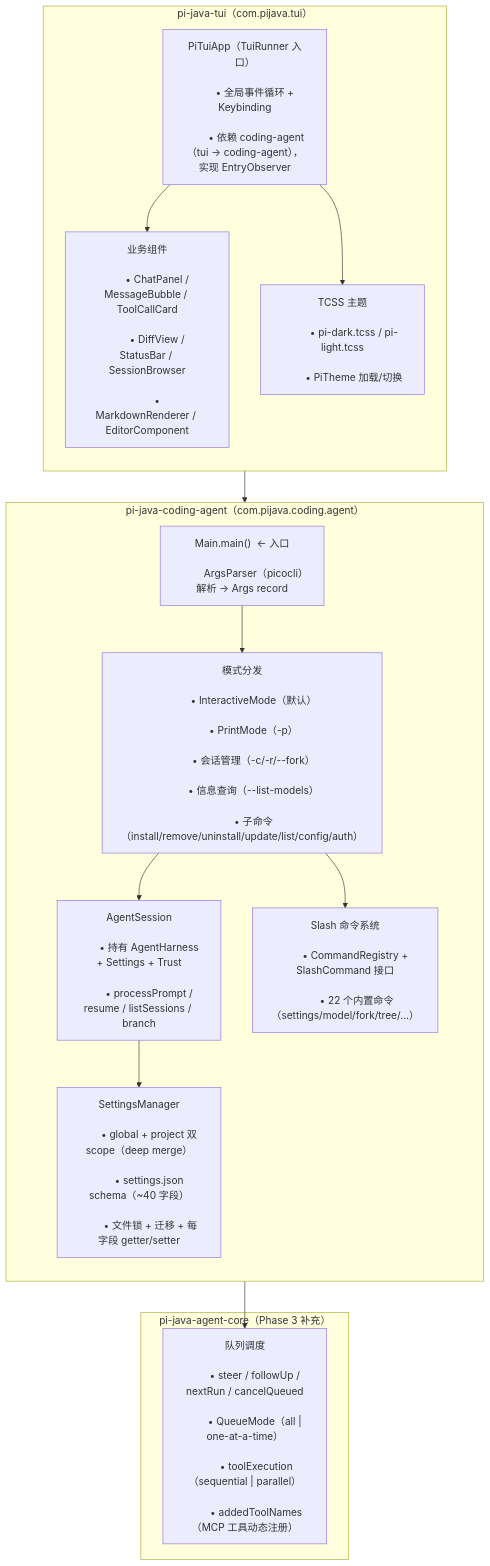
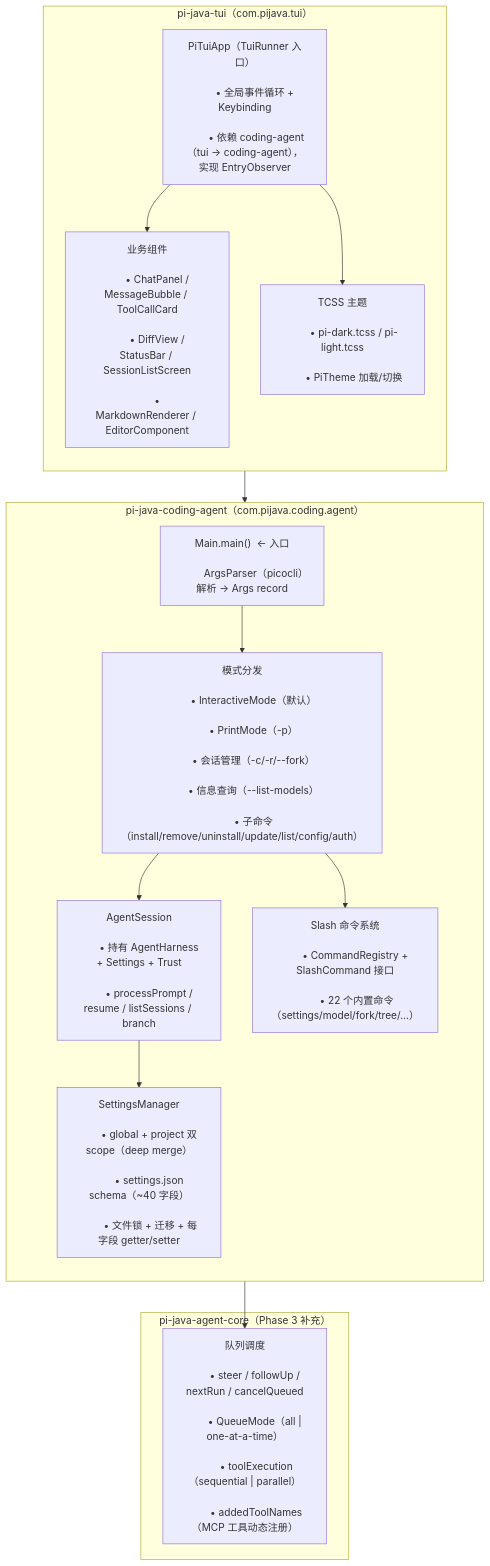
The first of 3 diagrams in docs/08-phase3-cli-tui-design.md (liangxingguang/pi-java), drawn with Mermaid before and after one commit. The commit also changed other lines of this file, not shown here.

````diff
--- a/docs/08-phase3-cli-tui-design.md
+++ b/docs/08-phase3-cli-tui-design.md
@@ -12,63 +12,63 @@
 ```mermaid
 flowchart TB
     subgraph cli["pi-java-coding-agent（com.pijava.coding.agent）"]
         direction TB
 
         main["Main.main()  ← 入口<br/>
         ArgsParser（picocli）解析 → Args record"]
 
         dispatch["模式分发<br/>
         • InteractiveMode（默认）<br/>
         • PrintMode（-p）<br/>
         • 会话管理（-c/-r/--fork）<br/>
         • 信息查询（--list-models）<br/>
         • 子命令（install/remove/uninstall/update/list/config/auth）"]
 
         session["AgentSession<br/>
         • 持有 AgentHarness + Settings + Trust<br/>
         • processPrompt / resume / listSessions / branch"]
 
         slash["Slash 命令系统<br/>
         • CommandRegistry + SlashCommand 接口<br/>
         • 22 个内置命令（settings/model/fork/tree/…）"]
 
         settings["SettingsManager<br/>
         • global + project 双 scope（deep merge）<br/>
         • settings.json schema（~40 字段）<br/>
         • 文件锁 + 迁移 + 每字段 getter/setter"]
     end
 
     subgraph tui["pi-java-tui（com.pijava.tui）"]
         direction TB
 
         app["PiTuiApp（TuiRunner 入口）<br/>
         • 全局事件循环 + Keybinding<br/>
         • 依赖 coding-agent（tui → coding-agent），实现 EntryObserver"]
 
         components["业务组件<br/>
         • ChatPanel / MessageBubble / ToolCallCard<br/>
-        • DiffView / StatusBar / SessionBrowser<br/>
+        • DiffView / StatusBar / SessionListScreen<br/>
         • MarkdownRenderer / EditorComponent"]
 
         theme["TCSS 主题<br/>
         • pi-dark.tcss / pi-light.tcss<br/>
         • PiTheme 加载/切换"]
     end
 
     subgraph agent["pi-java-agent-core（Phase 3 补充）"]
         queue["队列调度<br/>
         • steer / followUp / nextRun / cancelQueued<br/>
         • QueueMode（all | one-at-a-time）<br/>
         • toolExecution（sequential | parallel）<br/>
         • addedToolNames（MCP 工具动态注册）"]
     end
 
     main --> dispatch
     dispatch --> session
     dispatch --> slash
     session --> settings
     app --> session
     session --> queue
     app --> components
     app --> theme
 ```
````
